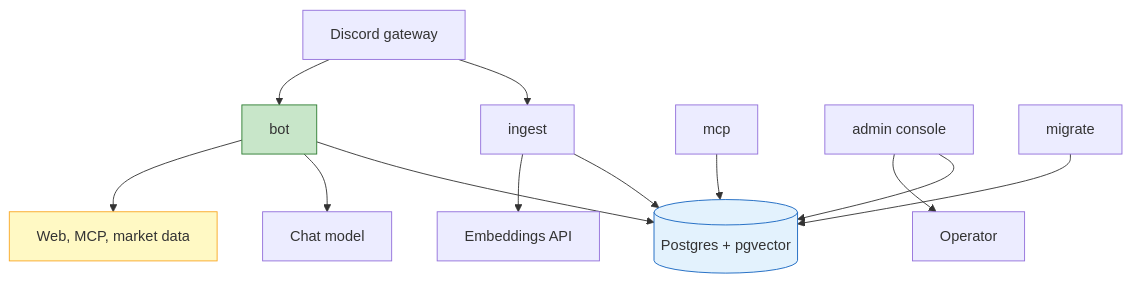
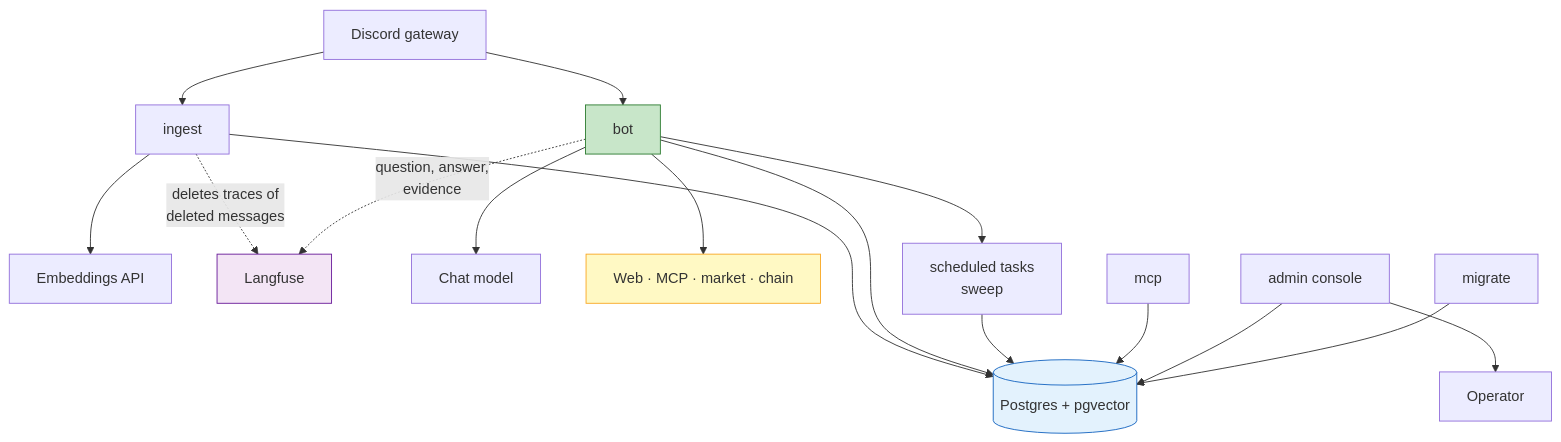
Before and after one commit to CyberdyneCorp/CyberFriend: the second of 3 diagrams in README.md, drawn with Mermaid. The commit also changed other lines of this file, not shown here.

First line of the commit message:
Bring the README diagrams up to what the assistant now does

````diff
--- a/README.md
+++ b/README.md
@@ -59,18 +119,25 @@
 ```mermaid
 graph TD
     D["Discord gateway"] --> ING["ingest"]
     ING --> PG[("Postgres + pgvector")]
     ING --> EMB["Embeddings API"]
+    ING -.->|"deletes traces of<br/>deleted messages"| LF["Langfuse"]
+
     D --> BOT["bot"]
     BOT --> PG
     BOT --> LLM["Chat model"]
-    BOT --> EXT["Web, MCP, market data"]
+    BOT --> EXT["Web · MCP · market · chain"]
+    BOT -.->|"question, answer,<br/>evidence"| LF
+    BOT --> SCH["scheduled tasks<br/>sweep"]
+    SCH --> PG
+
     MCPS["mcp"] --> PG
     ADM["admin console"] --> PG
     ADM --> OP["Operator"]
     MIG["migrate"] --> PG
 
     style PG fill:#E3F2FD,stroke:#1565C0
     style BOT fill:#C8E6C9,stroke:#2E7D32
     style EXT fill:#FFF9C4,stroke:#F9A825
+    style LF fill:#F3E5F5,stroke:#6A1B9A
 ```
````
